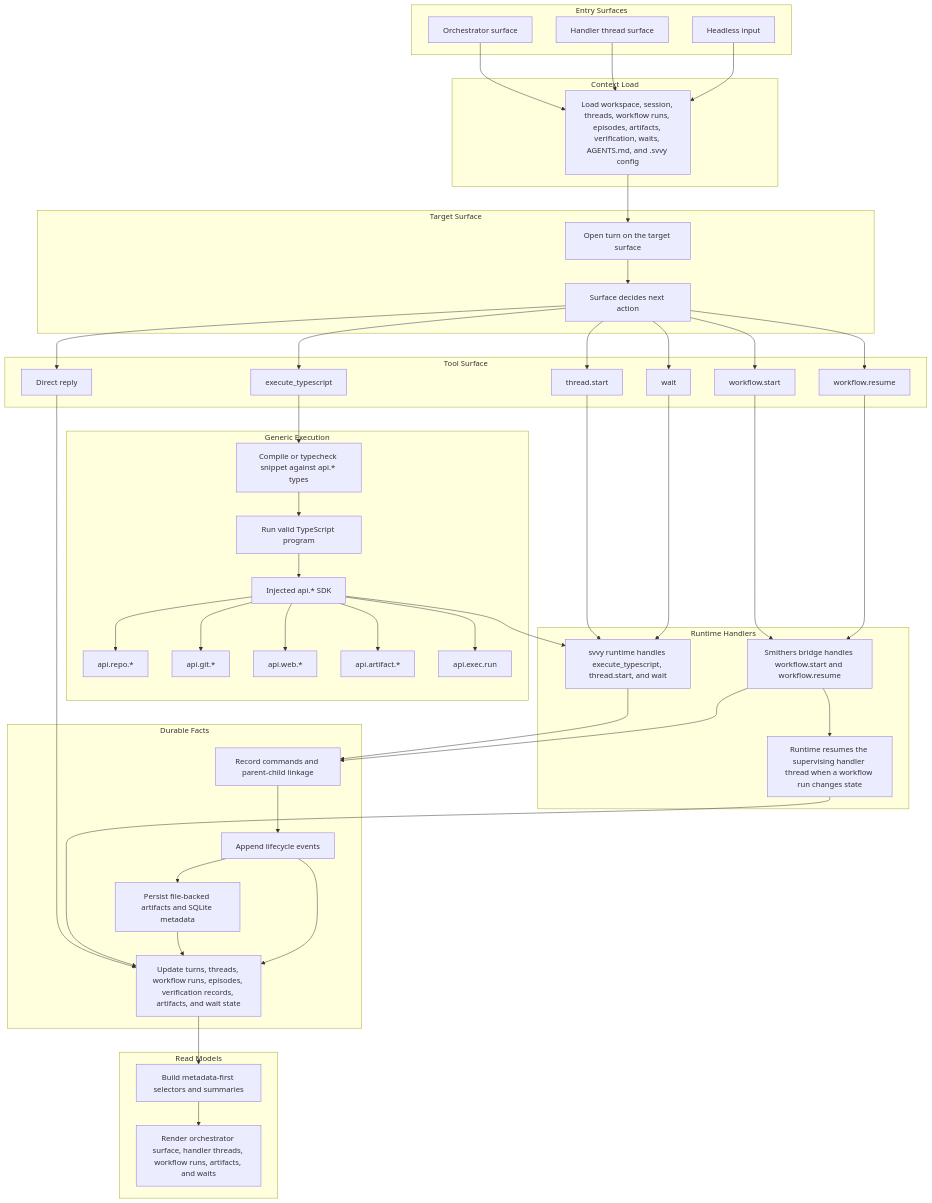
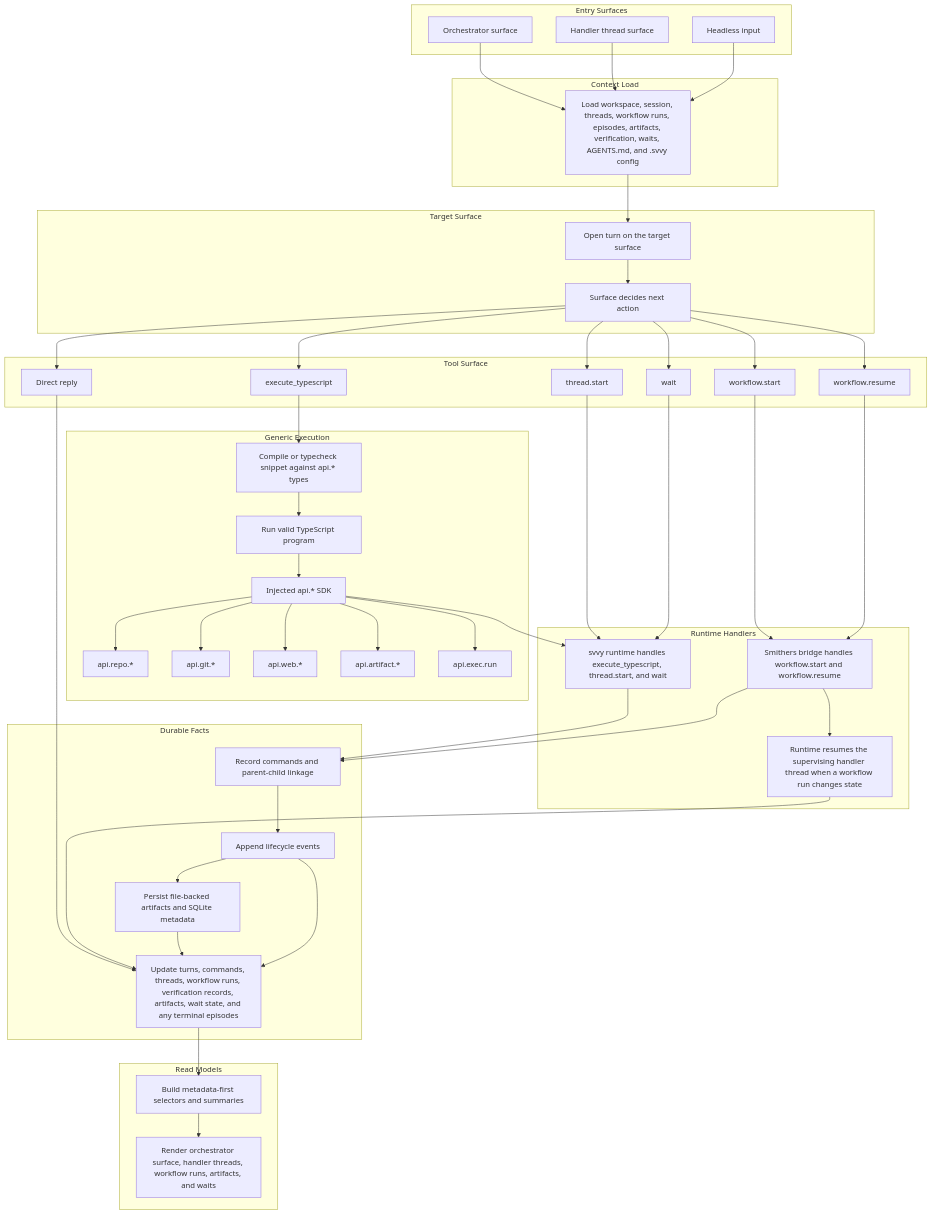
The diagram in docs/execution-model.md (0xpolarzero/hellm), drawn with Mermaid before and after one commit. The commit also changed other lines of this file and 9 other files, not shown here.

```diff
--- a/docs/execution-model.md
+++ b/docs/execution-model.md
@@ -74,7 +74,7 @@
         Commands["Record commands and parent-child linkage"]
         Events["Append lifecycle events"]
         Artifacts["Persist file-backed artifacts and SQLite metadata"]
-        State["Update turns, threads, workflow runs, episodes, verification records, artifacts, and wait state"]
+        State["Update turns, commands, threads, workflow runs, verification records, artifacts, wait state, and any terminal episodes"]
     end
 
     subgraph ReadModels["Read Models"]
```
